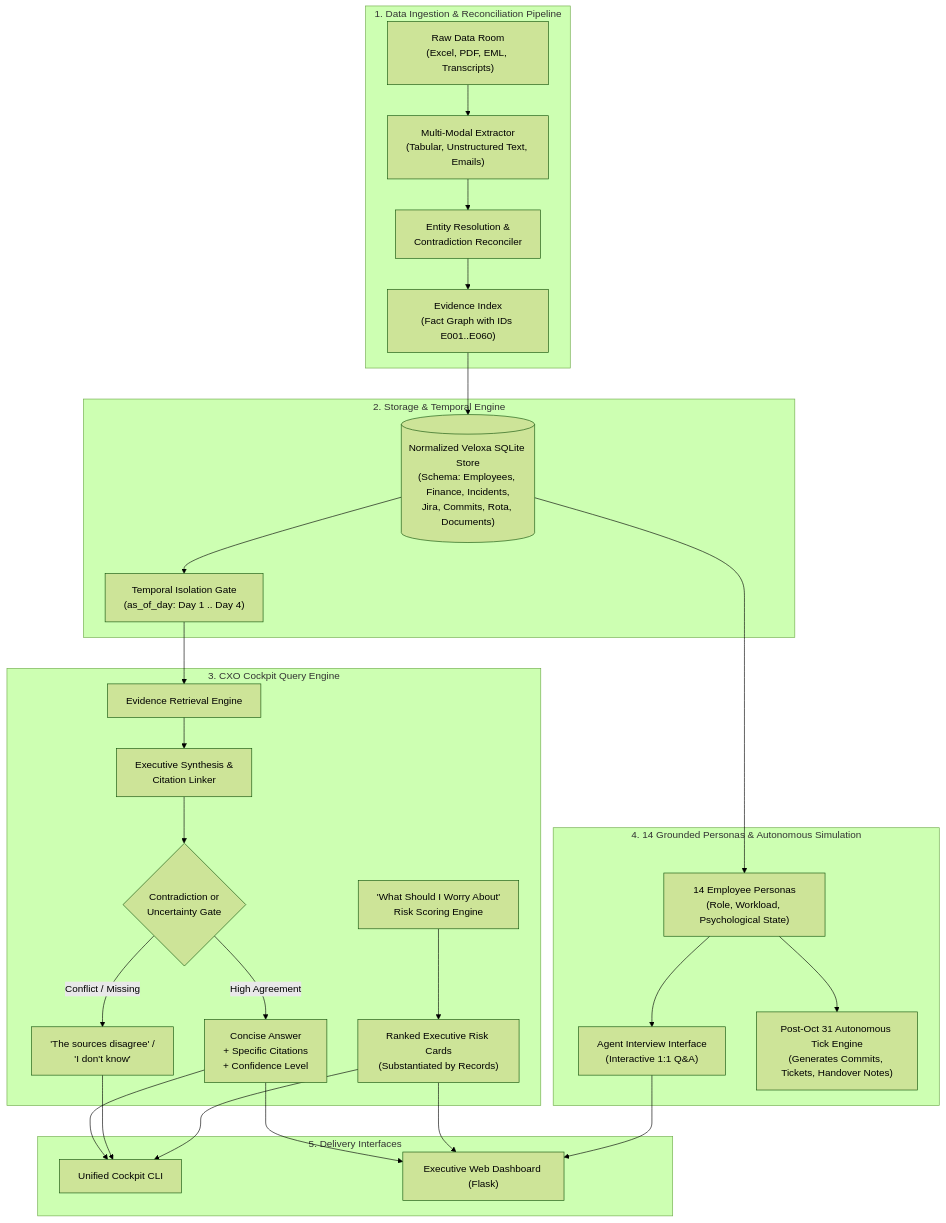
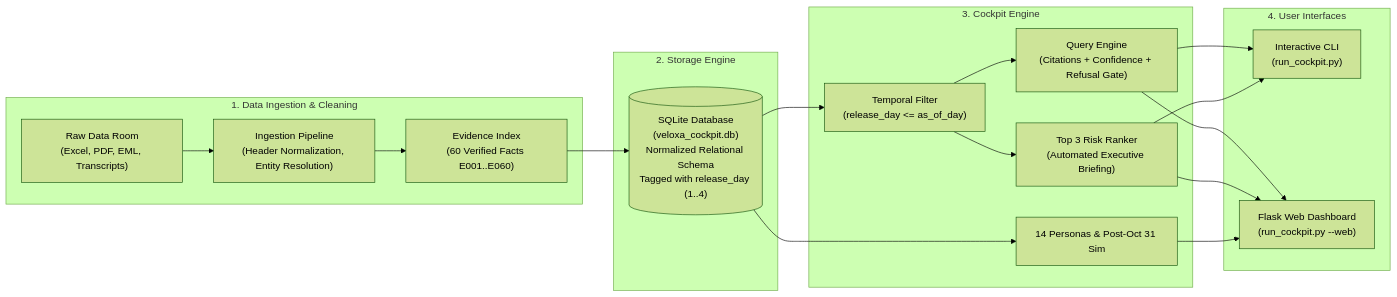
The first of 2 diagrams in ARCHITECTURE.md (Zis440/veloxa-cockpit-saphalya), drawn with Mermaid (forest theme) before and after one commit. The commit also changed other lines of this file, not shown here.

Commit message:
docs: streamline ARCHITECTURE.md with pragmatic engineering focus and zero fluff

````diff
--- a/ARCHITECTURE.md
+++ b/ARCHITECTURE.md
@@ -23,38 +26,26 @@
 ```mermaid
-flowchart TD
-    subgraph DataIngestion ["1. Data Ingestion & Reconciliation Pipeline"]
-        Raw["Raw Data Room\n(Excel, PDF, EML, Transcripts)"] --> Parser["Multi-Modal Extractor\n(Tabular, Unstructured Text, Emails)"]
-        Parser --> Reconcile["Entity Resolution &\nContradiction Reconciler"]
-        Reconcile --> EvidenceIdx["Evidence Index\n(Fact Graph with IDs E001..E060)"]
+flowchart LR
+    subgraph Ingestion ["1. Data Ingestion & Cleaning"]
+        Raw["Raw Data Room\n(Excel, PDF, EML, Transcripts)"] --> Clean["Ingestion Pipeline\n(Header Normalization, Entity Resolution)"]
+        Clean --> Evidence["Evidence Index\n(60 Verified Facts E001..E060)"]
     end
 
-    subgraph StorageLayer ["2. Storage & Temporal Engine"]
-        EvidenceIdx --> SQLite[("Normalized Veloxa SQLite Store\n(Schema: Employees, Finance, Incidents,\nJira, Commits, Rota, Documents)")]
-        SQLite --> TemporalGate["Temporal Isolation Gate\n(as_of_day: Day 1 .. Day 4)"]
+    subgraph Storage ["2. Storage Engine"]
+        Evidence --> DB[("SQLite Database\n(veloxa_cockpit.db)\nNormalized Relational Schema\nTagged with release_day (1..4)")]
     end
 
-    subgraph CockpitCore ["3. CXO Cockpit Query Engine"]
-        TemporalGate --> SemanticRetriever["Evidence Retrieval Engine"]
-        SemanticRetriever --> Synthesis["Executive Synthesis &\nCitation Linker"]
-        Synthesis --> RefusalEngine{"Contradiction or\nUncertainty Gate"}
-        RefusalEngine -- "High Agreement" --> ValidAnswer["Concise Answer\n+ Specific Citations\n+ Confidence Level"]
-        RefusalEngine -- "Conflict / Missing" --> Refusal["'The sources disagree' /\n'I don't know'"]
-        
-        WorryEngine["'What Should I Worry About'\nRisk Scoring Engine"] --> TopRisks["Ranked Executive Risk Cards\n(Substantiated by Records)"]
+    subgraph Core ["3. Cockpit Engine"]
+        DB --> Filter["Temporal Filter\n(release_day <= as_of_day)"]
+        Filter --> Oracle["Query Engine\n(Citations + Confidence + Refusal Gate)"]
+        Filter --> Worries["Top 3 Risk Ranker\n(Automated Executive Briefing)"]
+        DB --> Agents["14 Personas & Post-Oct 31 Sim"]
     end
 
-    subgraph AgentLayer ["4. 14 Grounded Personas & Autonomous Simulation"]
-        SQLite --> Personas["14 Employee Personas\n(Role, Workload, Psychological State)"]
-        Personas --> AgentInterview["Agent Interview Interface\n(Interactive 1:1 Q&A)"]
-        Personas --> SimClock["Post-Oct 31 Autonomous Tick Engine\n(Generates Commits, Tickets, Handover Notes)"]
-    end
-
-    subgraph Presentation ["5. Delivery Interfaces"]
-        ValidAnswer --> CLI["Unified Cockpit CLI"]
-        Refusal --> CLI
-        TopRisks --> CLI
-        ValidAnswer --> WebDashboard["Executive Web Dashboard (Flask)"]
-        TopRisks --> WebDashboard
-        AgentInterview --> WebDashboard
+    subgraph UI ["4. User Interfaces"]
+        Oracle --> CLI["Interactive CLI\n(run_cockpit.py)"]
+        Worries --> CLI
+        Oracle --> Web["Flask Web Dashboard\n(run_cockpit.py --web)"]
+        Worries --> Web
+        Agents --> Web
     end
 ```
````
